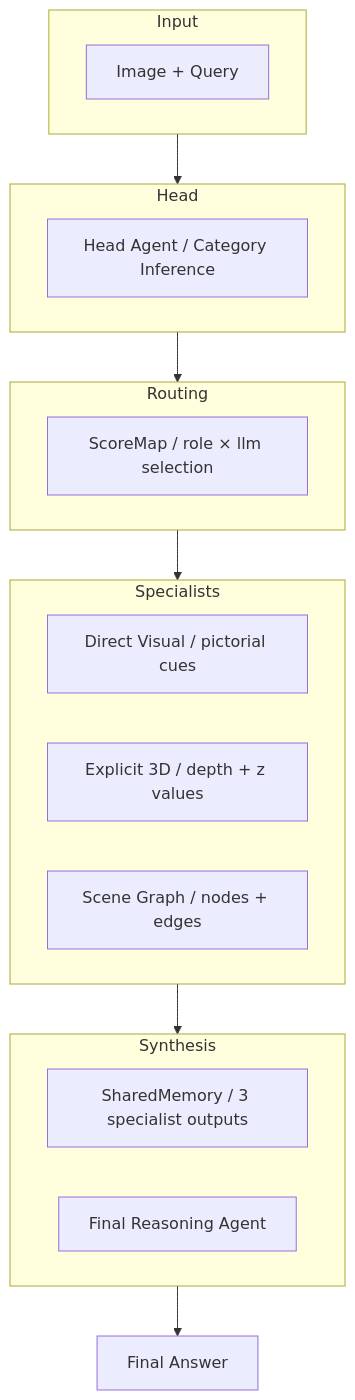
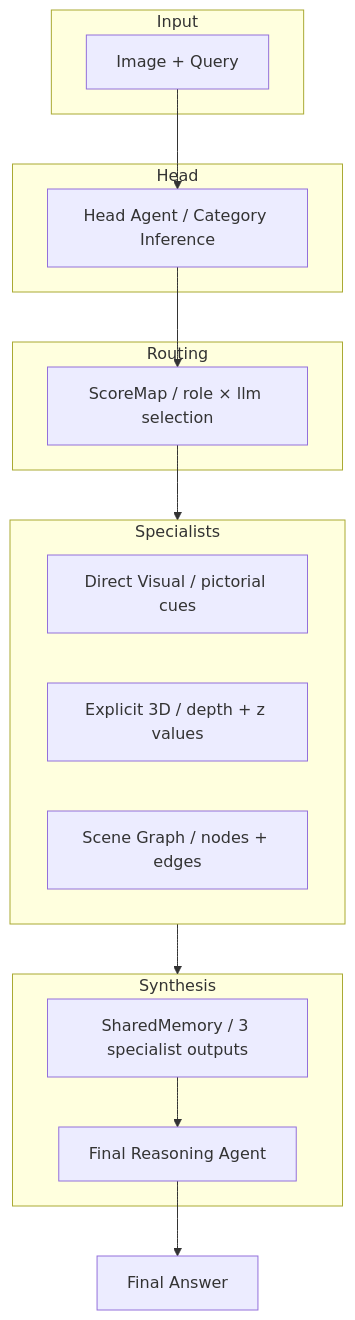
One commit to CY-H1329/CSWM-Bench changed the first of 3 diagrams in docs/GITHUB_ISSUE_APPENDIX_BODY.md. Above: the diagram before and after it, drawn with Mermaid.

Commit message:
Mermaid: arrows to subgraph containers (outer boxes) not inner nodes
- C --> Specialists (not C --> D1, D2, D3)
- Specialists --> Synthesis (not D1, D2, D3 --> E)
- Arrows now terminate at subgraph boundaries

Made-with: Cursor

````diff
--- a/docs/GITHUB_ISSUE_APPENDIX_BODY.md
+++ b/docs/GITHUB_ISSUE_APPENDIX_BODY.md
@@ -13,33 +13,34 @@
 ```mermaid
 flowchart TB
-    subgraph Input["Input"]
+    subgraph Input
         A[Image + Query]
     end
     
-    subgraph Head["Head"]
+    subgraph Head
         B["Head Agent / Category Inference"]
     end
     
-    subgraph Routing["Routing"]
+    subgraph Routing
         C["ScoreMap / role × llm selection"]
     end
     
     subgraph Specialists["Specialists"]
         D1["Direct Visual / pictorial cues"]
         D2["Explicit 3D / depth + z values"]
         D3["Scene Graph / nodes + edges"]
     end
     
     subgraph Synthesis["Synthesis"]
         E["SharedMemory / 3 specialist outputs"]
         F[Final Reasoning Agent]
     end
     
     G[Final Answer]
     
-    Input --> Head
-    Head --> Routing
-    Routing --> Specialists
+    A --> B
+    B --> C
+    C --> Specialists
     Specialists --> Synthesis
-    Synthesis --> G
+    E --> F
+    F --> G
 ```
````
